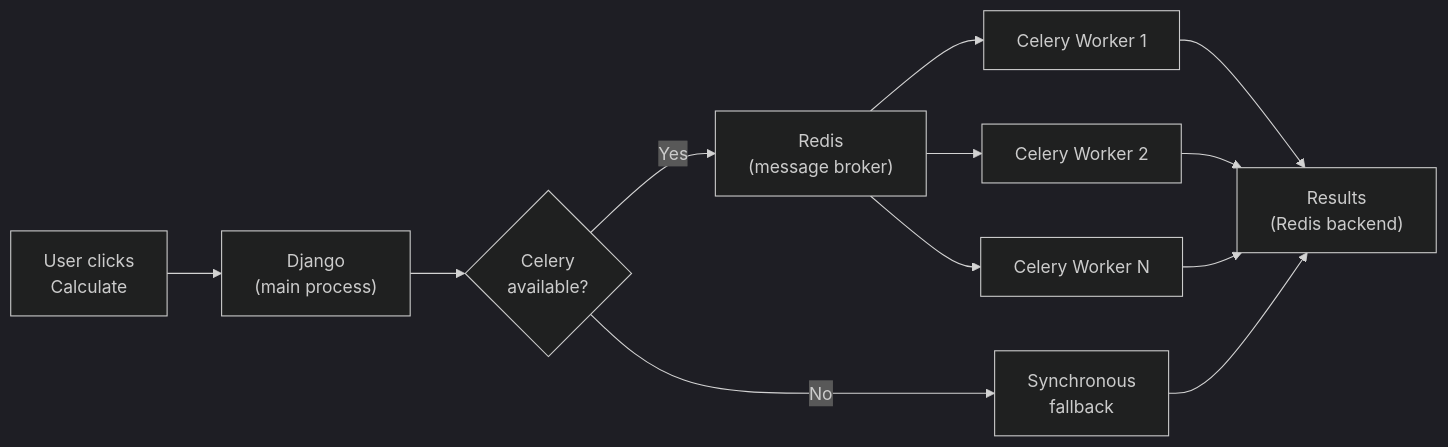
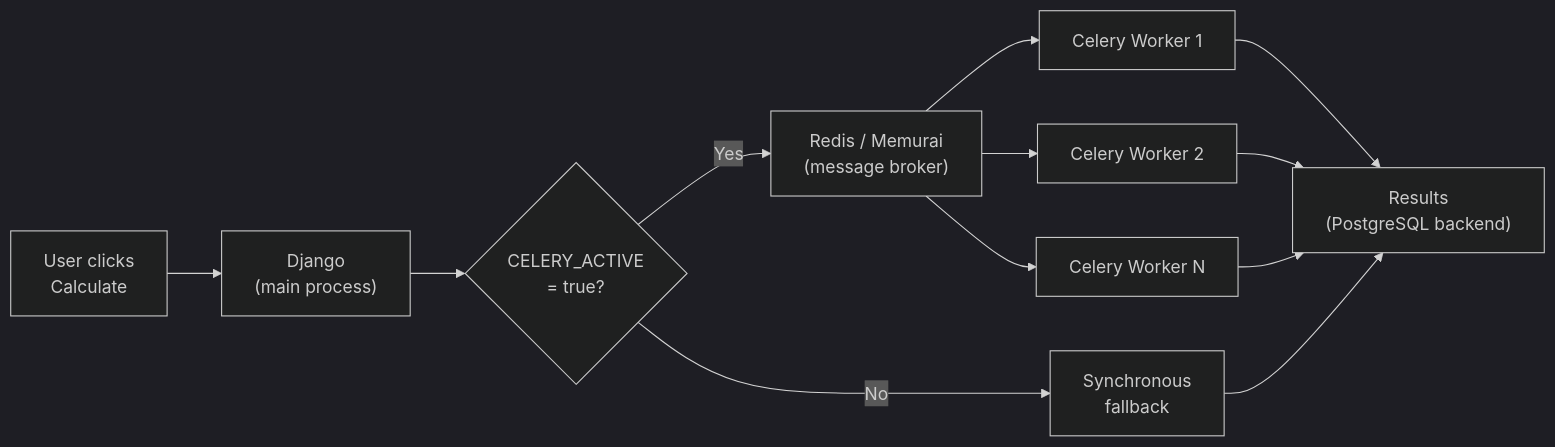
The diagram in content/features/processing/celery and async calculations.md (ExcellenceCloudGmbH/lex-app-docs), drawn with Mermaid (dark theme) before and after one commit. The commit also changed other lines of this file and 59 other files, not shown here.

````diff
--- a/content/features/processing/celery and async calculations.md
+++ b/content/features/processing/celery and async calculations.md
@@ -9,20 +9,20 @@
 ```mermaid
 flowchart LR
     A["User clicks
     Calculate"] --> B["Django
     (main process)"]
-    B --> C{"Celery
-    available?"}
-    C -- Yes --> D["Redis
+    B --> C{"CELERY_ACTIVE
+    = true?"}
+    C -- Yes --> D["Redis / Memurai
     (message broker)"]
     D --> E["Celery Worker 1"]
     D --> F["Celery Worker 2"]
     D --> G["Celery Worker N"]
     C -- No --> H["Synchronous
     fallback"]
     E --> I["Results
-    (Redis backend)"]
+    (PostgreSQL backend)"]
     F --> I
     G --> I
     H --> I
 ```
````
